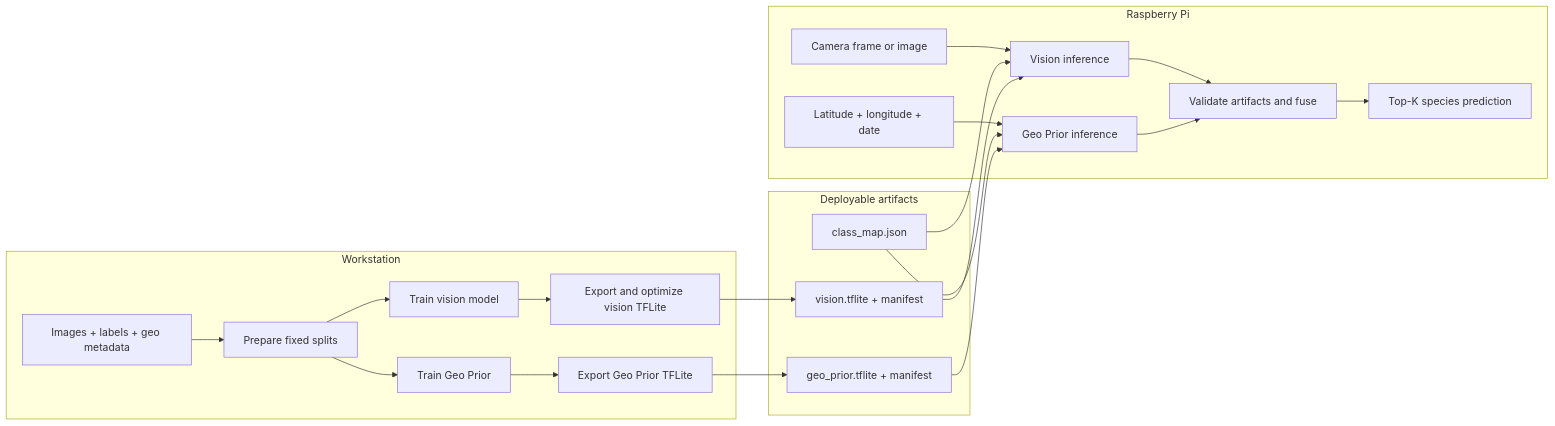
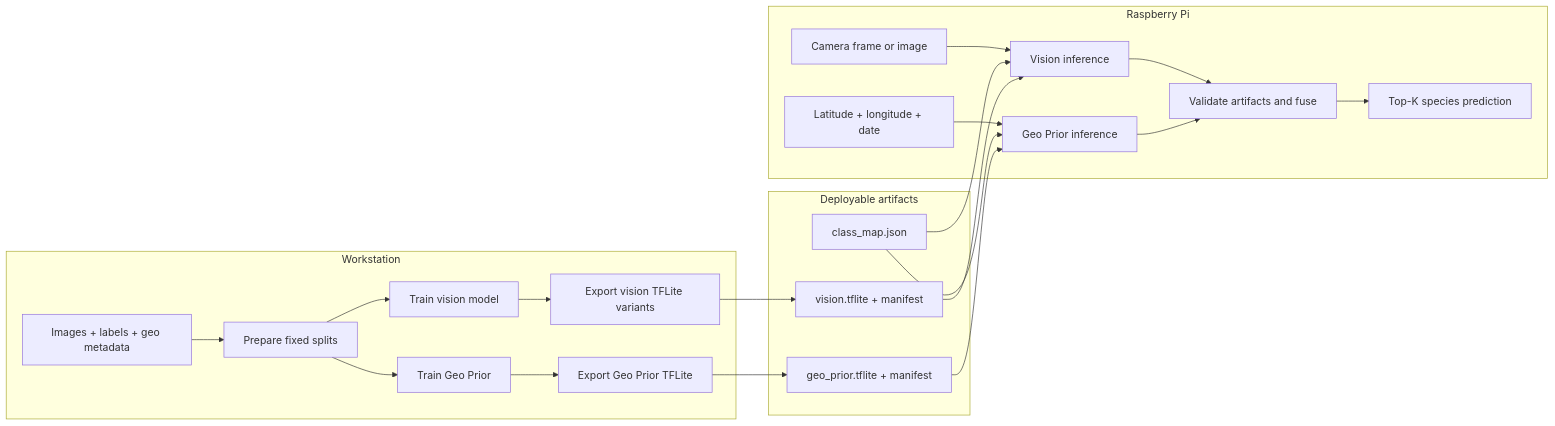
Before and after one commit to winson5566/biodiversity-edge-ai: the diagram in README.md, drawn with Mermaid. The commit also changed other lines of this file and 8 other files, not shown here.

````diff
--- a/README.md
+++ b/README.md
@@ -93,31 +92,31 @@
 ```mermaid
 flowchart LR
   subgraph WS[Workstation]
     RAW[Images + labels + geo metadata] --> PREP[Prepare fixed splits]
     PREP --> VTRAIN[Train vision model]
     PREP --> GTRAIN[Train Geo Prior]
-    VTRAIN --> VEXPORT[Export and optimize vision TFLite]
+    VTRAIN --> VEXPORT[Export vision TFLite variants]
     GTRAIN --> GEXPORT[Export Geo Prior TFLite]
   end
 
   subgraph ART[Deployable artifacts]
     MAP[class_map.json]
     VM[vision.tflite + manifest]
     GM[geo_prior.tflite + manifest]
   end
 
   subgraph PI[Raspberry Pi]
     IMAGE[Camera frame or image] --> VINF[Vision inference]
     META[Latitude + longitude + date] --> GINF[Geo Prior inference]
     VINF --> FUSE[Validate artifacts and fuse]
     GINF --> FUSE
     FUSE --> OUT[Top-K species prediction]
   end
 
   VEXPORT --> VM
   GEXPORT --> GM
   MAP --> VINF
   MAP --> GINF
   VM --> VINF
   GM --> GINF
 ```
````
